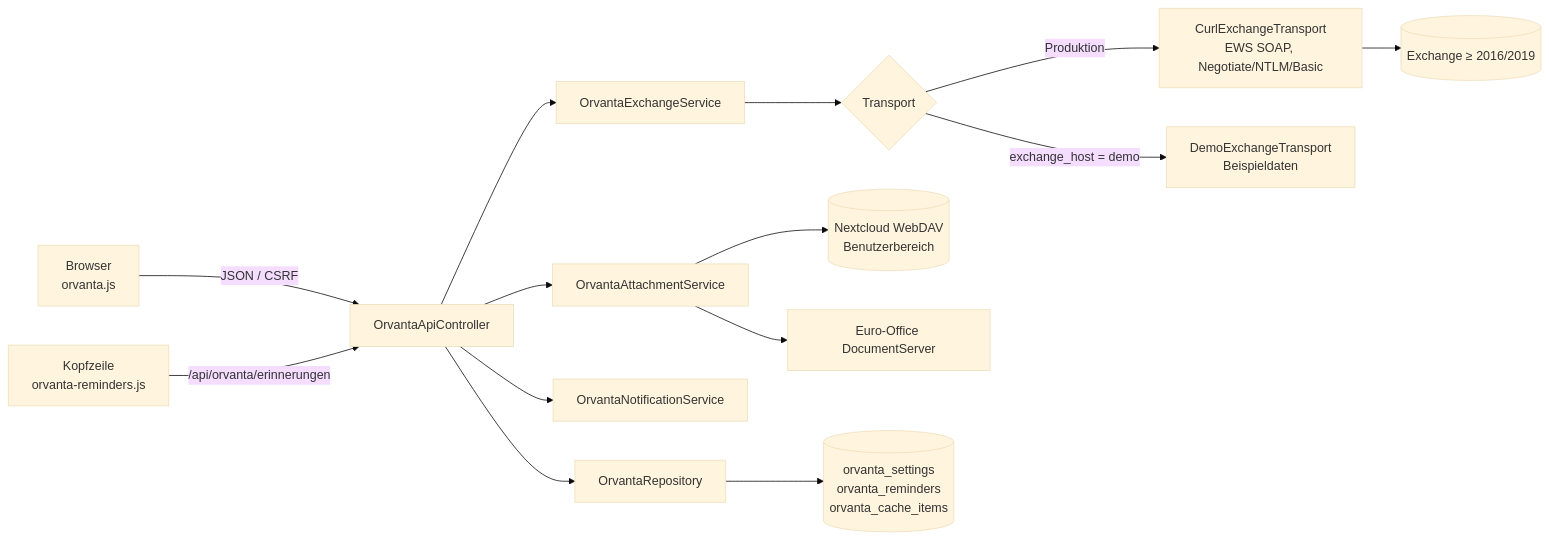
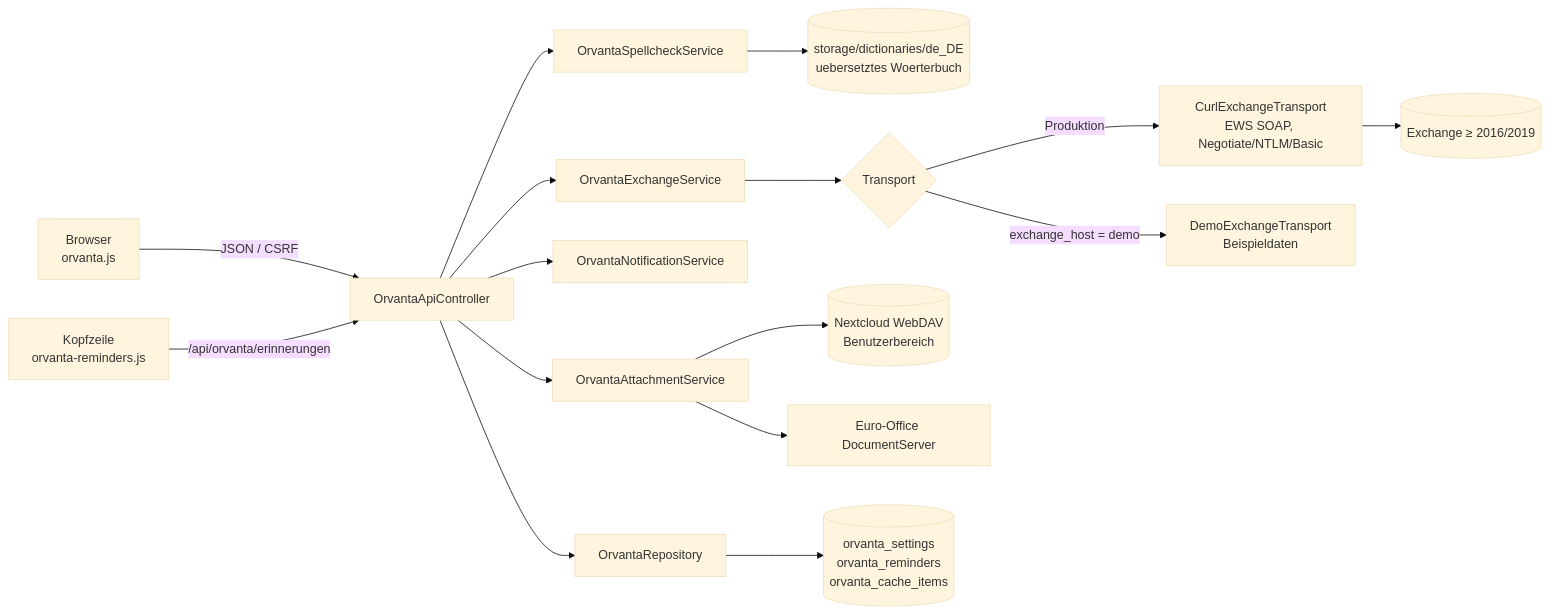
One commit to dareinelt/lanpa changed the first of 2 diagrams in docs/orvanta.md. Above: the diagram before and after it, drawn with Mermaid (base theme). The commit also changed other lines of this file and 2 other files, not shown here.

First line of the commit message:
Doku: Rechtschreibpruefung in Orvanta

````diff
--- a/docs/orvanta.md
+++ b/docs/orvanta.md
@@ -114,16 +115,18 @@
 ```mermaid
 flowchart LR
     B[Browser<br>orvanta.js] -- JSON / CSRF --> API[OrvantaApiController]
     H[Kopfzeile<br>orvanta-reminders.js] -- /api/orvanta/erinnerungen --> API
     API --> EX[OrvantaExchangeService]
     API --> AT[OrvantaAttachmentService]
     API --> NO[OrvantaNotificationService]
+    API --> SP[OrvantaSpellcheckService]
+    SP --> SD[(storage/dictionaries/de_DE<br>uebersetztes Woerterbuch)]
     EX --> T{Transport}
     T -- Produktion --> C[CurlExchangeTransport<br>EWS SOAP, Negotiate/NTLM/Basic]
     T -- exchange_host = demo --> D[DemoExchangeTransport<br>Beispieldaten]
     C --> X[(Exchange ≥ 2016/2019)]
     AT --> NC[(Nextcloud WebDAV<br>Benutzerbereich)]
     AT --> EO[Euro-Office DocumentServer]
     API --> R[OrvantaRepository]
     R --> DB[(orvanta_settings<br>orvanta_reminders<br>orvanta_cache_items)]
 ```
````
